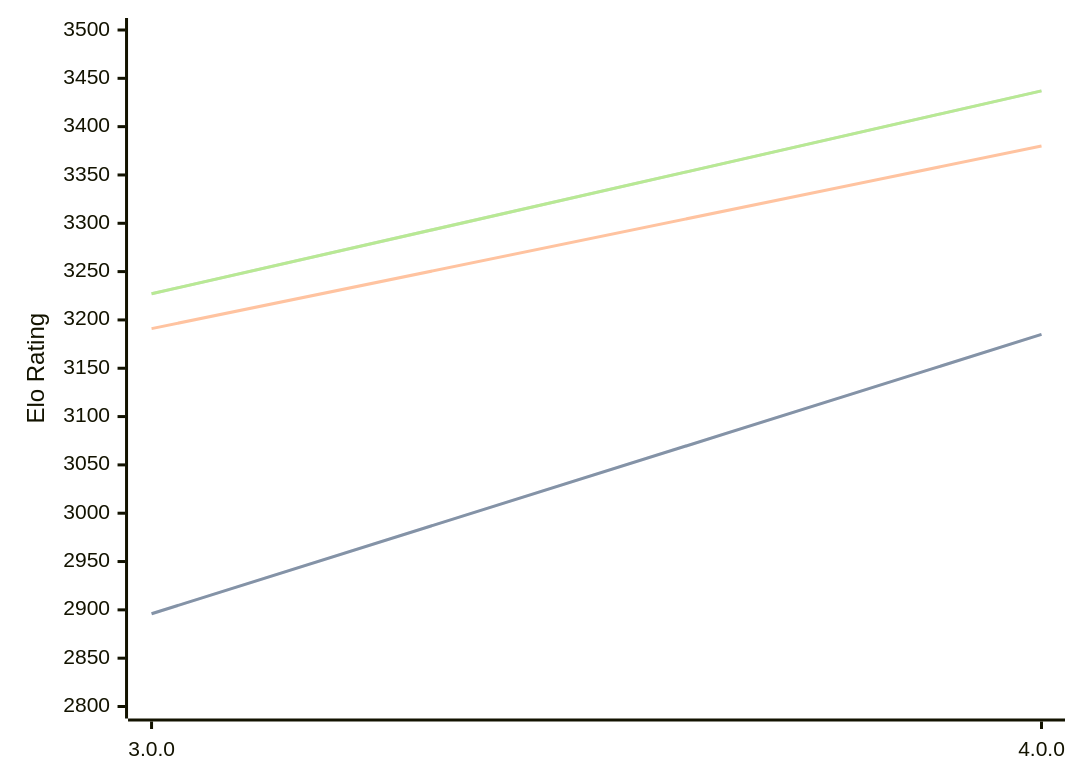
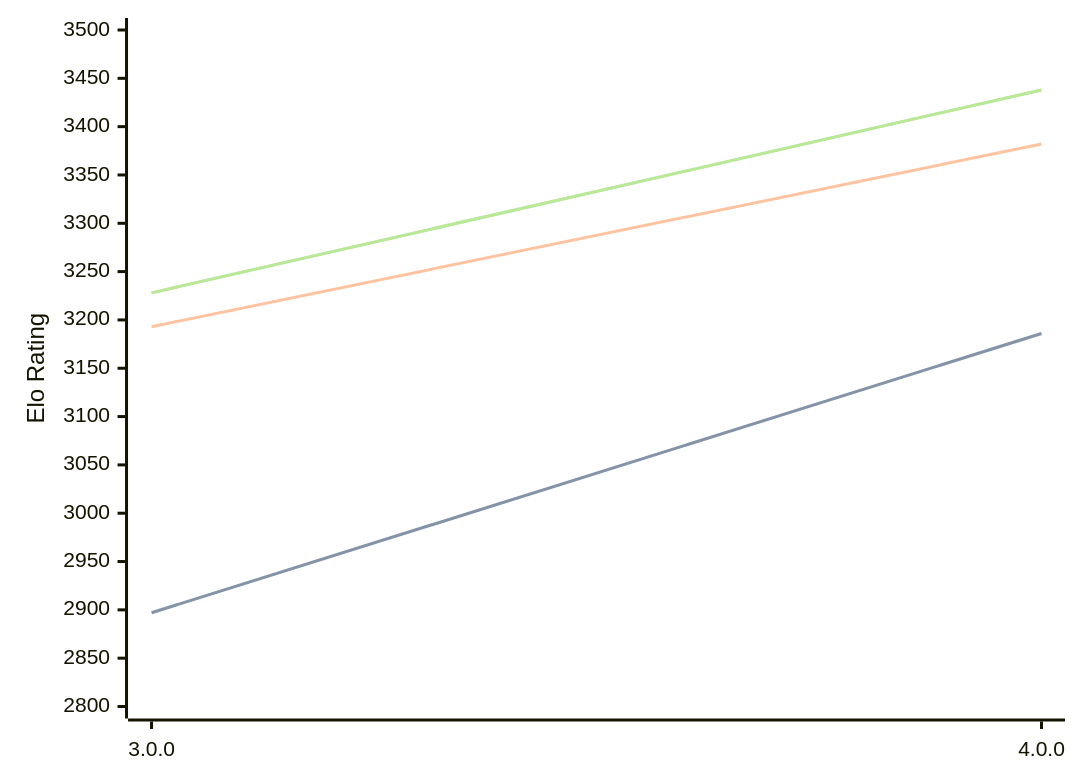
One commit to computer-chess-index/cci changed the diagram in engines/Avalanche.md. Above: the diagram before and after it, drawn with Mermaid. The commit also changed other lines of this file, not shown here.

Commit message:
Update CCI Ratings (ELO VLTC) - 2026-09-01

````diff
--- a/engines/Avalanche.md
+++ b/engines/Avalanche.md
@@ -32,11 +32,11 @@
 ```mermaid
 %%{init: {"theme":"base","themeVariables":{"seriesColors:['#a3a3a3','#222221','#faa371']}}}%%
 xychart-beta
   x-axis ["3.0.0", "4.0.0"]
   y-axis "Elo Rating" 2800 --> 3500
-  line "" [2896, 3185]
-  line "STC (8.0+0.08s)" [2896, 3185]
-  line "LTC (60.0+0.60s)" [3191, 3380]
-  line "" [3227, 3437]
-  line "VLTC (2m24s+1.12s)" [3227, 3437]
+  line "" [2897, 3186]
+  line "STC (8.0+0.08s)" [2897, 3186]
+  line "LTC (60.0+0.60s)" [3193, 3382]
+  line "" [3228, 3438]
+  line "VLTC (2m24s+1.12s)" [3228, 3438]
 ```
````
